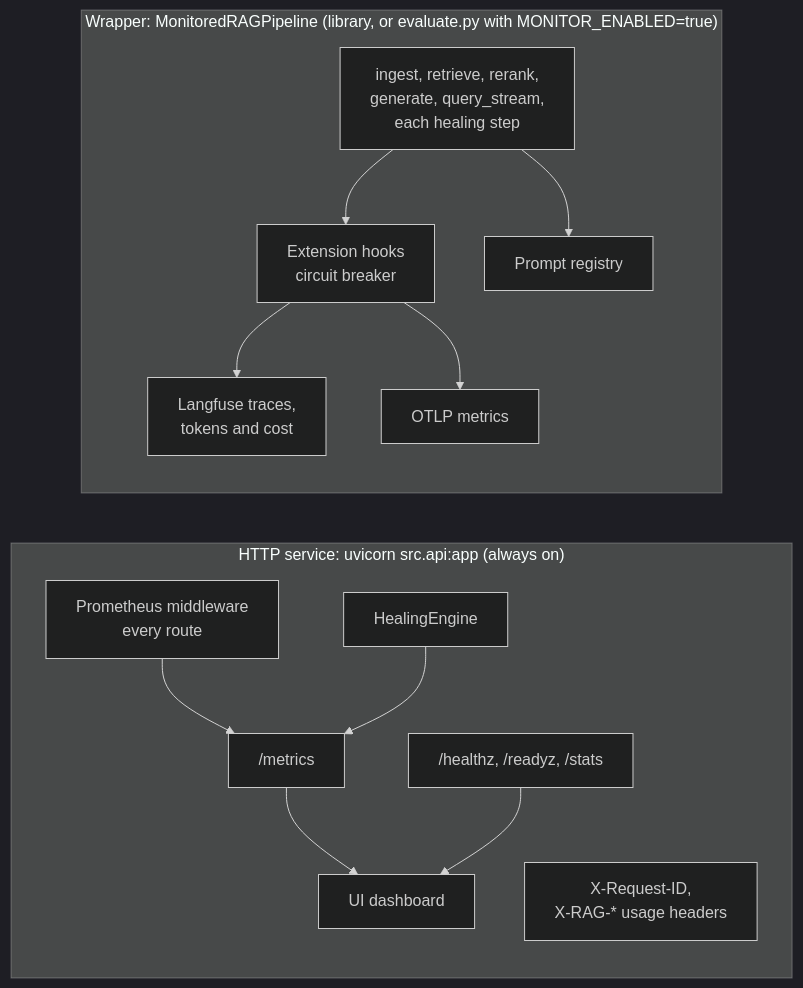
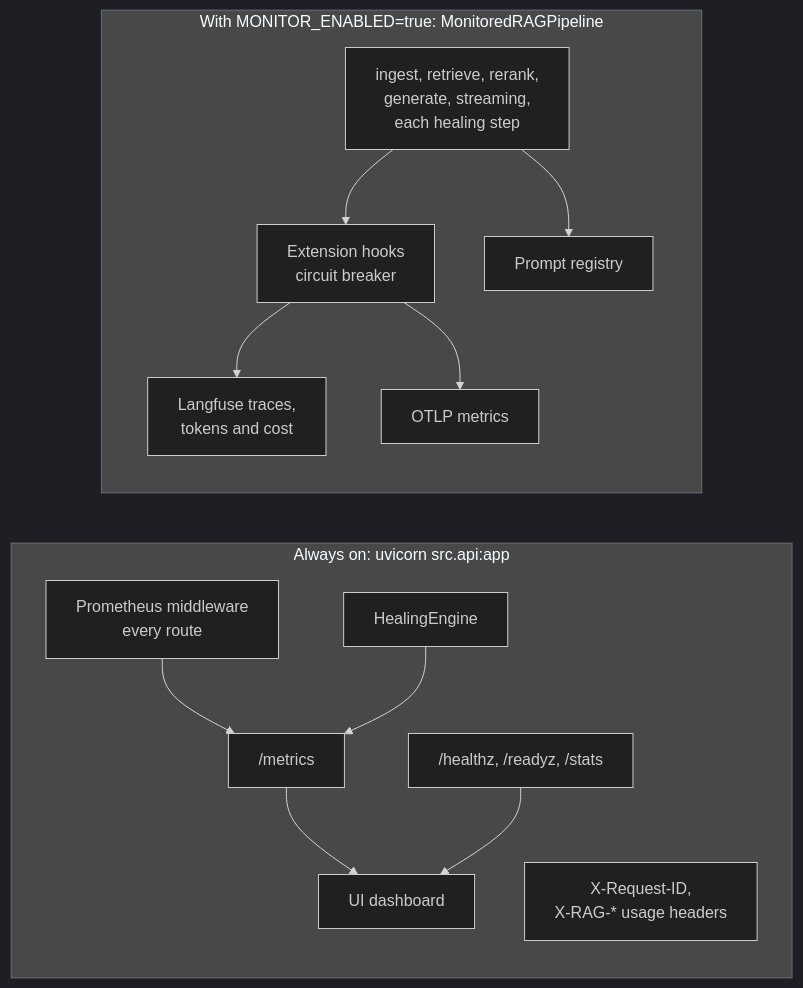
The third of 4 diagrams in docs/README.md (rajarshidattapy/production_rag), drawn with Mermaid (dark theme) before and after one commit. The commit also changed other lines of this file and 23 other files, not shown here.

````diff
--- a/docs/README.md
+++ b/docs/README.md
@@ -386,17 +389,17 @@
 ```mermaid
 flowchart LR
-    subgraph HTTP["HTTP service: uvicorn src.api:app (always on)"]
+    subgraph HTTP["Always on: uvicorn src.api:app"]
         MW[Prometheus middleware<br/>every route] --> METRICS["/metrics"]
         ENGINE[HealingEngine] --> METRICS
         PROBES["/healthz, /readyz, /stats"]
         HEADERS["X-Request-ID,<br/>X-RAG-* usage headers"]
         METRICS --> DASH[UI dashboard]
         PROBES --> DASH
     end
-    subgraph WRAP["Wrapper: MonitoredRAGPipeline (library, or evaluate.py with MONITOR_ENABLED=true)"]
-        STAGES[ingest, retrieve, rerank,<br/>generate, query_stream,<br/>each healing step] --> EXT[Extension hooks<br/>circuit breaker]
+    subgraph WRAP["With MONITOR_ENABLED=true: MonitoredRAGPipeline"]
+        STAGES[ingest, retrieve, rerank,<br/>generate, streaming,<br/>each healing step] --> EXT[Extension hooks<br/>circuit breaker]
         EXT --> LF[Langfuse traces,<br/>tokens and cost]
         EXT --> OTLP[OTLP metrics]
         STAGES --> REG[Prompt registry]
     end
 ```
````
